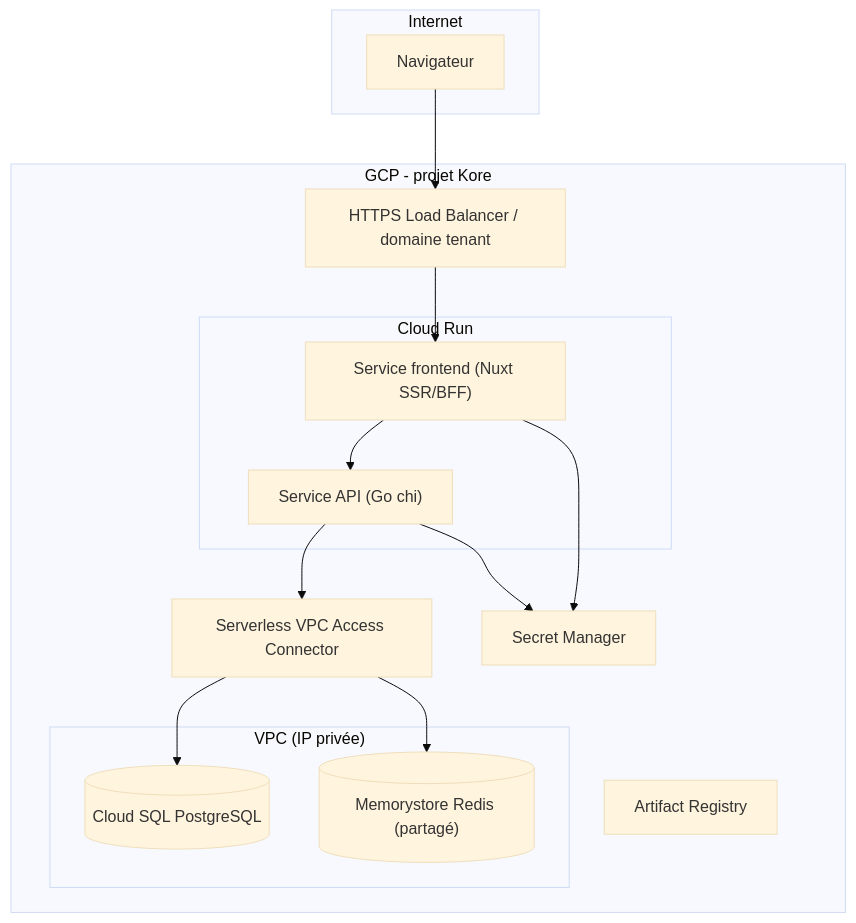
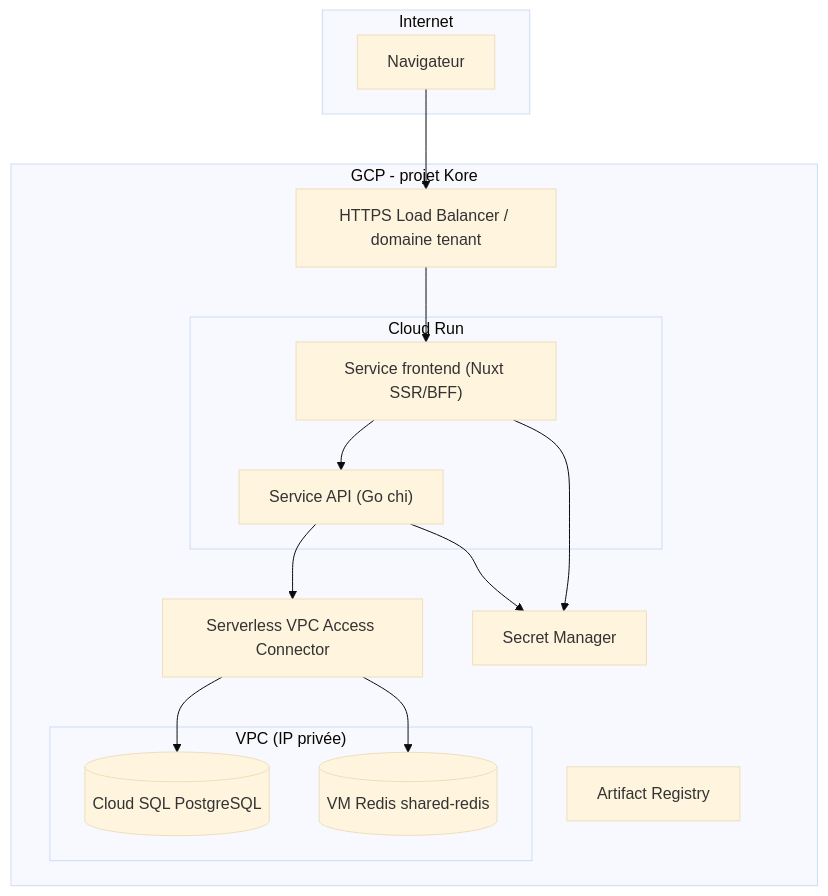
One commit to olegrand1976/kore changed the first of 2 diagrams in technical/foundation/09-gcp-infrastructure.md. Above: the diagram before and after it, drawn with Mermaid (base theme). The commit also changed other lines of this file and 198 other files, not shown here.

````diff
--- a/technical/foundation/09-gcp-infrastructure.md
+++ b/technical/foundation/09-gcp-infrastructure.md
@@ -15,26 +15,26 @@
 ```mermaid
 flowchart TB
   subgraph Internet
     User["Navigateur"]
   end
   subgraph GCP["GCP - projet Kore"]
     LB["HTTPS Load Balancer / domaine tenant"]
     subgraph run["Cloud Run"]
       FE["Service frontend (Nuxt SSR/BFF)"]
       API["Service API (Go chi)"]
     end
     Conn["Serverless VPC Access Connector"]
     subgraph vpc["VPC (IP privée)"]
       SQL[("Cloud SQL PostgreSQL")]
-      Redis[("Memorystore Redis (partagé)")]
+      Redis[("VM Redis shared-redis")]
     end
     SM["Secret Manager"]
     AR["Artifact Registry"]
   end
   User --> LB --> FE --> API
   API --> Conn
   Conn --> SQL
   Conn --> Redis
   API --> SM
   FE --> SM
 ```
````
